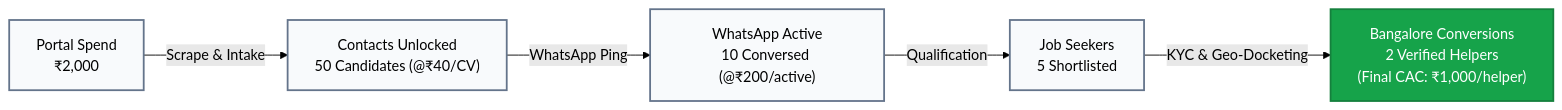
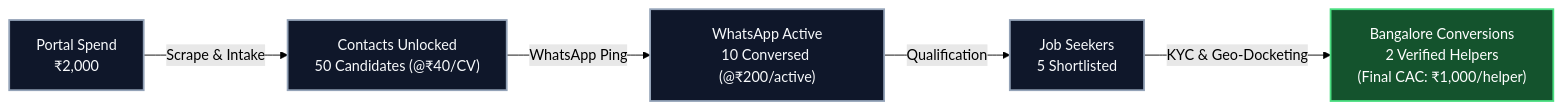
The third of 3 diagrams in README.md (Alieno1/ezyhelper-chap), drawn with Mermaid (forest theme) before and after one commit. The commit also changed other lines of this file, not shown here.

Commit message:
style: enhance Mermaid diagrams for crystal-clear GitHub dark mode contrast

````diff
--- a/README.md
+++ b/README.md
@@ -118,12 +106,12 @@
 ```mermaid
 flowchart LR
     A["Portal Spend\n₹2,000"] -->|Scrape & Intake| B["Contacts Unlocked\n50 Candidates (@₹40/CV)"]
     B -->|WhatsApp Ping| C["WhatsApp Active\n10 Conversed (@₹200/active)"]
     C -->|Qualification| D["Job Seekers\n5 Shortlisted"]
     D -->|KYC & Geo-Docketing| E["Bangalore Conversions\n2 Verified Helpers\n(Final CAC: ₹1,000/helper)"]
 
-    classDef funnel fill:#f8fafc,stroke:#64748b,stroke-width:2px;
-    classDef final fill:#16a34a,stroke:#15803d,stroke-width:2px,color:#fff;
-    class A,B,C,D funnel;
+    classDef stage fill:#0f172a,stroke:#94a3b8,stroke-width:2px,color:#f8fafc;
+    classDef final fill:#14532d,stroke:#4ade80,stroke-width:2px,color:#ffffff;
+    class A,B,C,D stage;
     class E final;
 ```
````
